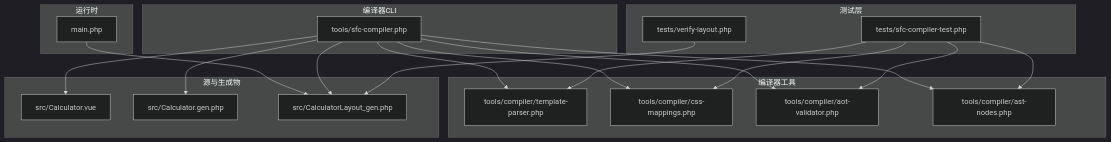
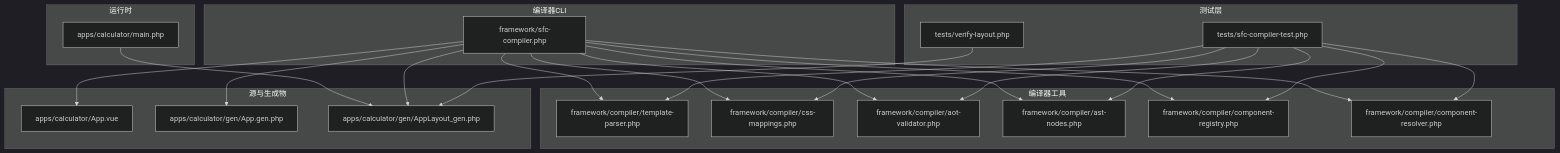
One commit to xingye00186/PHP-Data-UI-Framework-powered-by-swooleAOT changed the first of 10 diagrams in .qoder/repowiki/zh/content/测试策略.md. Above: the diagram before and after it, drawn with Mermaid (dark theme). The commit also changed other lines of this file and 7 other files, not shown here.

````diff
--- a/.qoder/repowiki/zh/content/测试策略.md
+++ b/.qoder/repowiki/zh/content/测试策略.md
@@ -41,37 +50,43 @@
 ```mermaid
 graph TB
 subgraph "测试层"
 T1["tests/sfc-compiler-test.php"]
 T2["tests/verify-layout.php"]
 end
 subgraph "编译器工具"
-P["tools/compiler/template-parser.php"]
-C["tools/compiler/css-mappings.php"]
-V["tools/compiler/aot-validator.php"]
-N["tools/compiler/ast-nodes.php"]
+P["framework/compiler/template-parser.php"]
+C["framework/compiler/css-mappings.php"]
+V["framework/compiler/aot-validator.php"]
+N["framework/compiler/ast-nodes.php"]
+CR["framework/compiler/component-registry.php"]
+RES["framework/compiler/component-resolver.php"]
 end
 subgraph "源与生成物"
-S1["src/Calculator.vue"]
-G1["src/Calculator.gen.php"]
-G2["src/CalculatorLayout_gen.php"]
+S1["apps/calculator/App.vue"]
+G1["apps/calculator/gen/App.gen.php"]
+G2["apps/calculator/gen/AppLayout_gen.php"]
 end
 subgraph "编译器CLI"
-CLI["tools/sfc-compiler.php"]
+CLI["framework/sfc-compiler.php"]
 end
 subgraph "运行时"
-R["main.php"]
+R["apps/calculator/main.php"]
 end
 T1 --> P
 T1 --> C
 T1 --> V
 T1 --> N
+T1 --> CR
+T1 --> RES
 T2 --> G2
 CLI --> P
 CLI --> C
 CLI --> V
 CLI --> N
+CLI --> CR
+CLI --> RES
 CLI --> S1
 CLI --> G1
 CLI --> G2
 R --> G2
 ```
````
